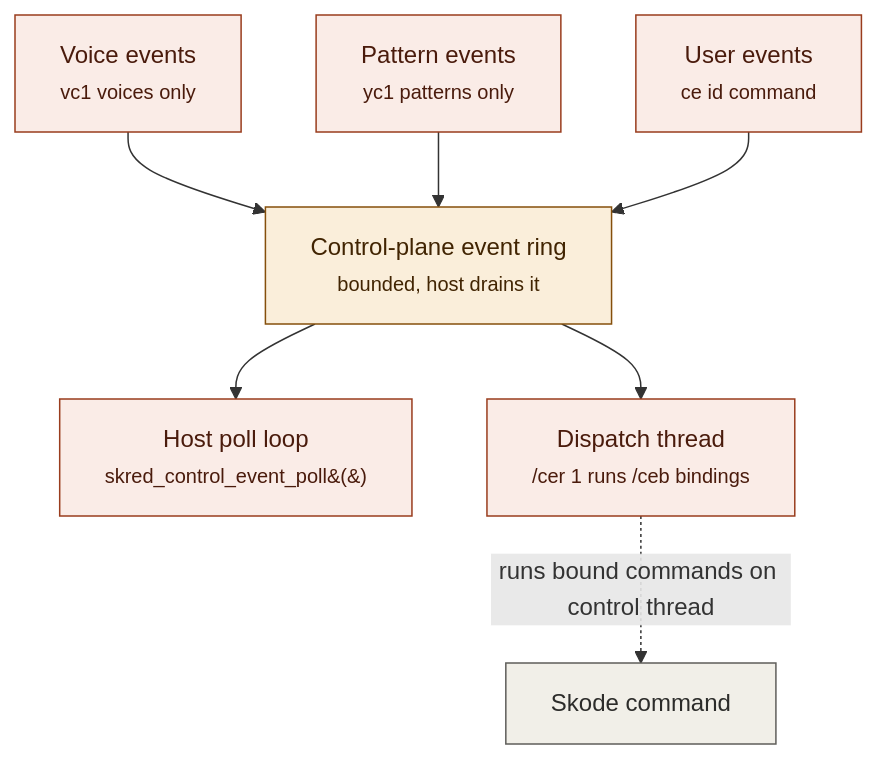
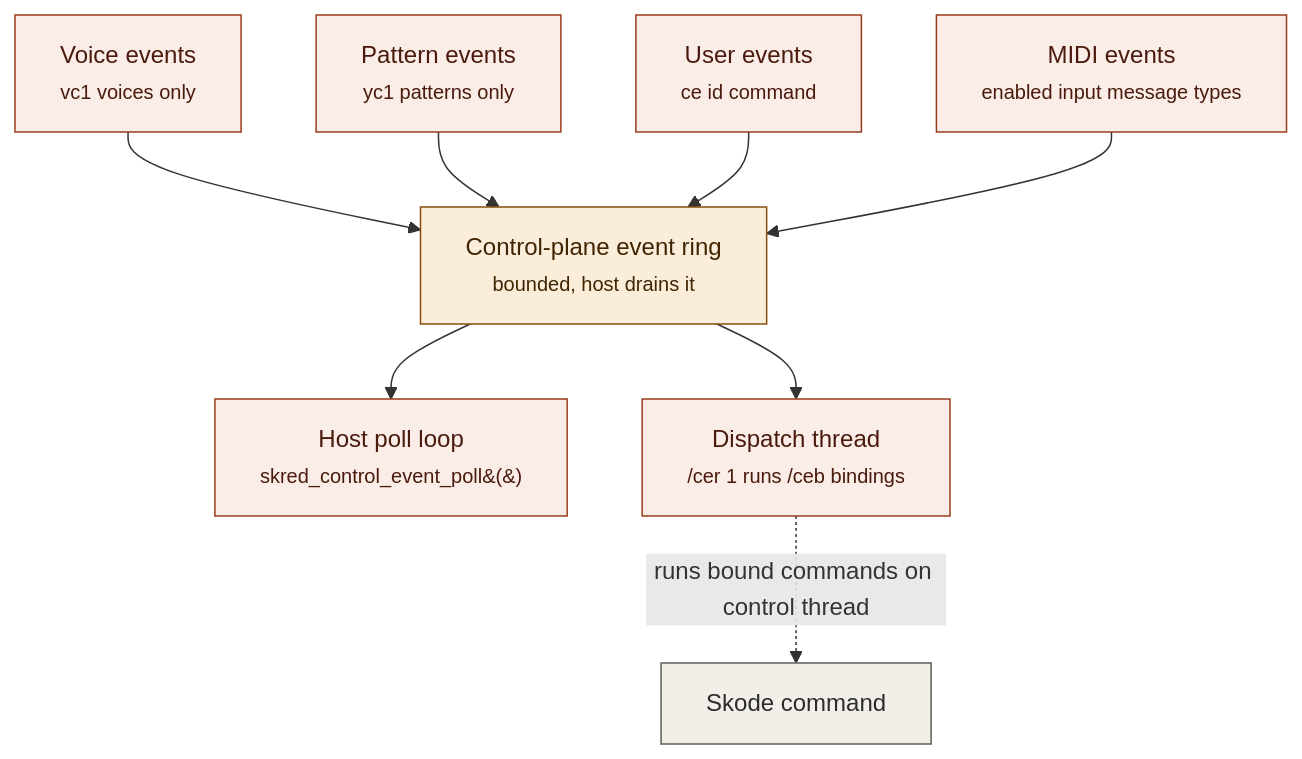
The second of 2 diagrams in parts/EVENTS.md (octetta/pulp), drawn with Mermaid before and after one commit. The commit also changed other lines of this file and 29 other files, not shown here.

````diff
--- a/parts/EVENTS.md
+++ b/parts/EVENTS.md
@@ -45,20 +46,21 @@
 ```mermaid
 graph TD
     V[Voice events<br/><small>vc1 voices only</small>] --> R[Control-plane event ring<br/><small>bounded, host drains it</small>]
     P[Pattern events<br/><small>yc1 patterns only</small>] --> R
     U[User events<br/><small>ce id command</small>] --> R
+    M[MIDI events<br/><small>enabled input message types</small>] --> R
 
     R --> H[Host poll loop<br/><small>skred_control_event_poll&#40;&#41;</small>]
     R --> DT[Dispatch thread<br/><small>/cer 1 runs /ceb bindings</small>]
 
     DT -. runs bound commands on control thread .-> A[Skode command]
 
     classDef source fill:#faece7,stroke:#993c1d,color:#4a1b0c
     classDef ring fill:#faeeda,stroke:#854f0b,color:#412402
     classDef consumer fill:#faece7,stroke:#993c1d,color:#4a1b0c
     classDef loop fill:#f1efe8,stroke:#5f5e5a,color:#2c2c2a
-    class V,P,U source
+    class V,P,U,M source
     class R ring
     class H,DT consumer
     class A loop
 ```
````
